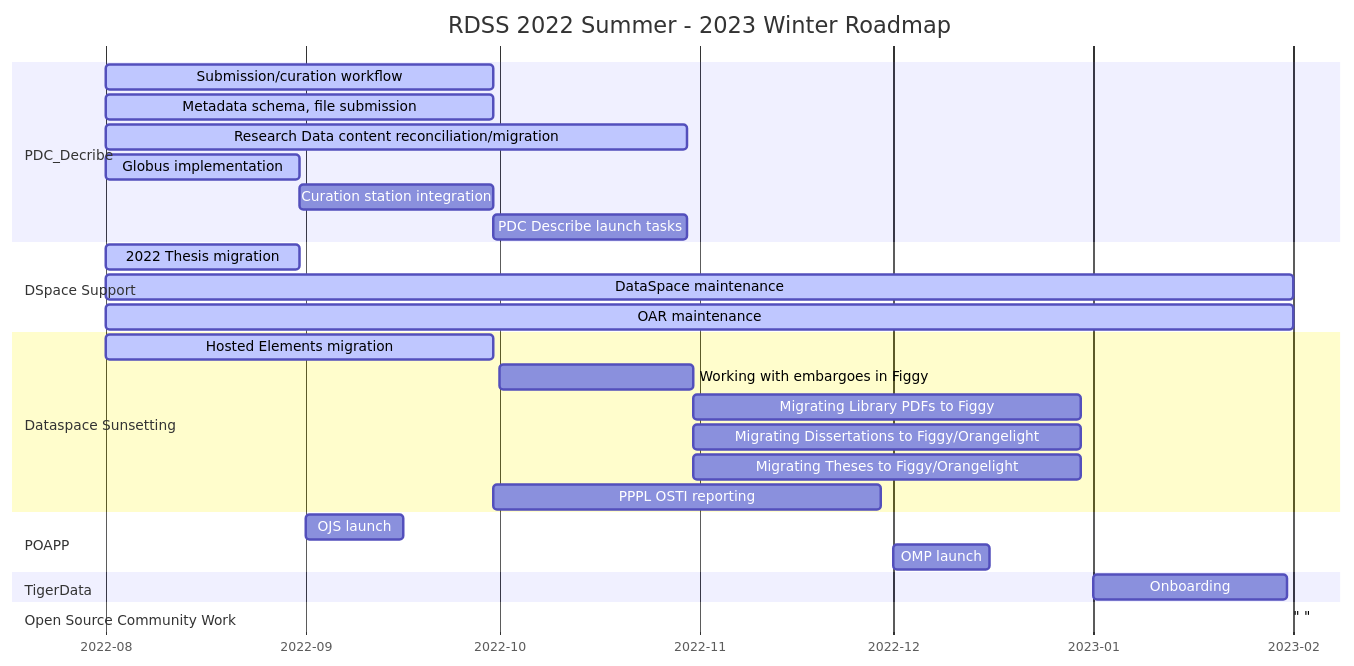
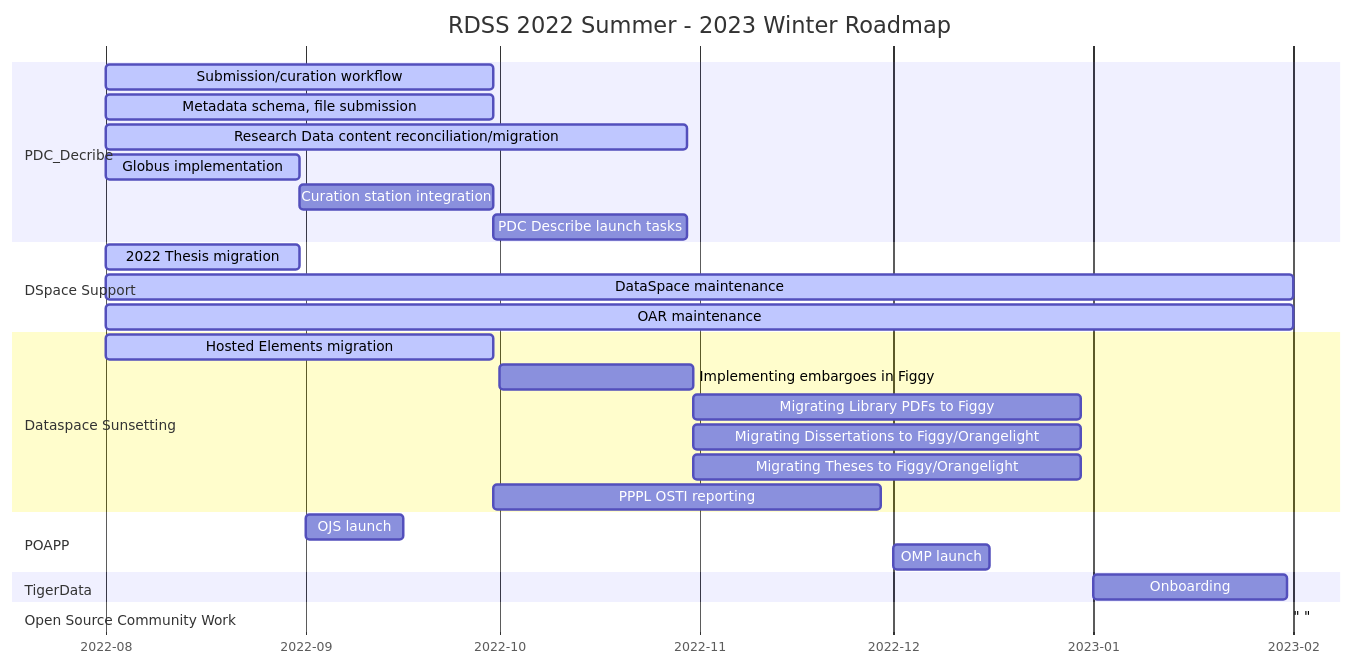
One commit to pulibrary/rdss-handbook changed the first of 3 diagrams in roadmap.md. Above: the diagram before and after it, drawn with Mermaid. The commit also changed other lines of this file, not shown here.

Commit message:
Added draft timeline for sprint

````diff
--- a/roadmap.md
+++ b/roadmap.md
@@ -5,32 +5,32 @@
 ```mermaid
 gantt
     title RDSS 2022 Summer - 2023 Winter Roadmap
     axisFormat  %Y-%m
     dateformat YYYY-MM
     section PDC_Decribe
     Submission/curation workflow           :active, pd1, 2022-08, 60d
     Metadata schema, file submission :active, pd2, 2022-08, 60d
     Research Data content reconciliation/migration :active, pd3, 2022-08, 90d
     Globus implementation     :active, pd4, 2022-08, 30d
     Curation station integration: pd5, after pd4, 30d
     PDC Describe launch tasks: pd6, after pd5, 30d
     section DSpace Support
     2022 Thesis migration :active, dsp1, 2022-08, 30d
     DataSpace maintenance :active, dsp2, 2022-08, 2023-02
     OAR maintenance :active, dsp2, 2022-08, 2023-02
     section Dataspace Sunsetting
     Hosted Elements migration :active, ds1, 2022-08, 60d
-    Working with embargoes in Figgy: ds2, 2022-10, 30d
+    Implementing embargoes in Figgy: ds2, 2022-10, 30d
     Migrating Library PDFs to Figgy: ds4, after ds2, 60d
     Migrating Dissertations to Figgy/Orangelight: ds5, after ds2, 60d
     Migrating Theses to Figgy/Orangelight: ds6, after ds2, 60d
     PPPL OSTI reporting: ds3, after pd5,60d
     section POAPP
     OJS launch: po1, 2022-09, 15d
     OMP launch: po2, 2022-12, 15d
     section TigerData
     Onboarding: td1, 2023-01, 30d
     section Open Source Community Work
     " ": os1
 
 ```
````
